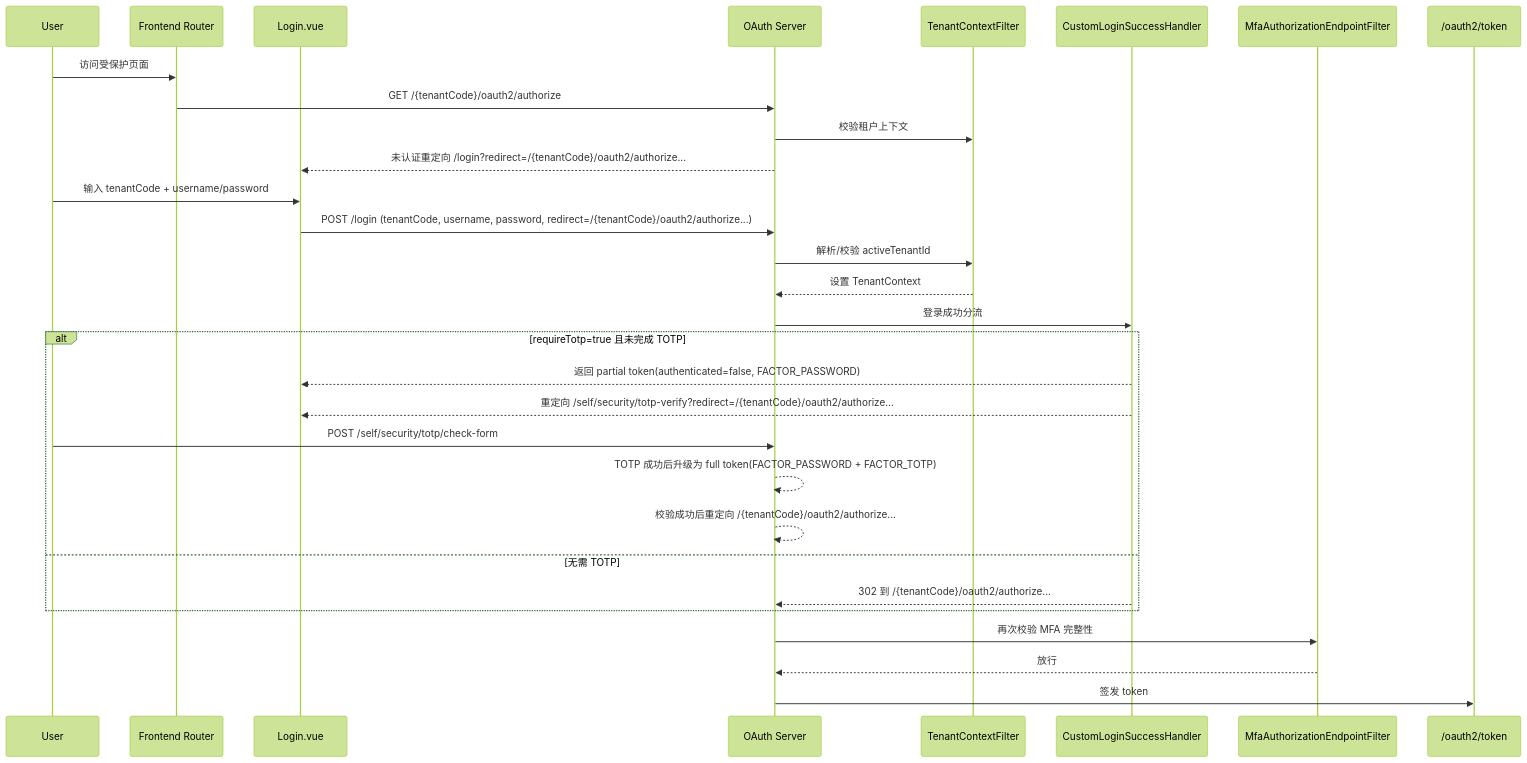
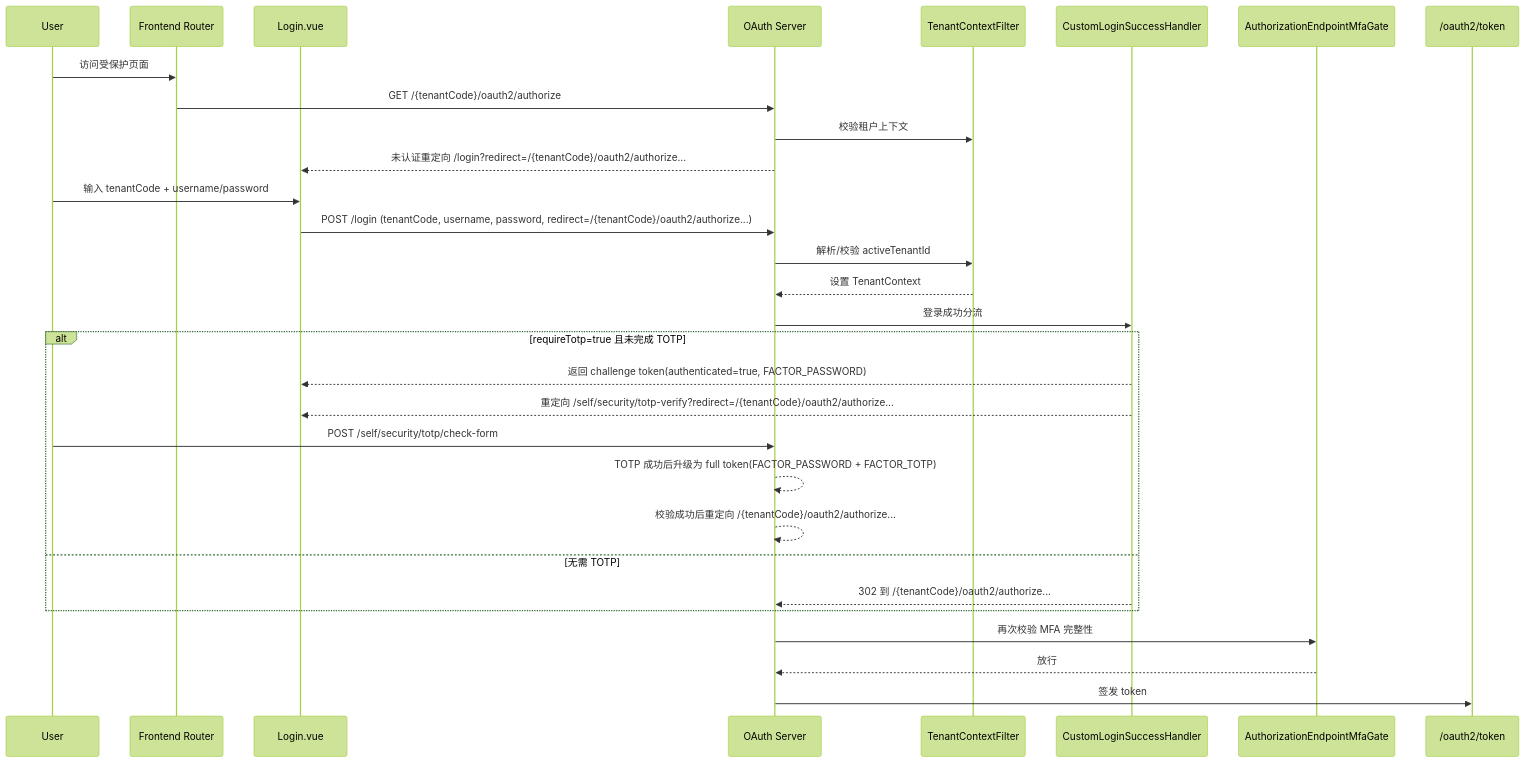
Before and after one commit to Sramler/tiny-platform: the diagram in tiny-oauth-server/docs/登录与租户认证流程.md, drawn with Mermaid (forest theme). The commit also changed other lines of this file and 41 other files, not shown here.

Commit message:
refactor(oauth): preserve prompt-none semantics in MFA flow

````diff
--- a/tiny-oauth-server/docs/登录与租户认证流程.md
+++ b/tiny-oauth-server/docs/登录与租户认证流程.md
@@ -60,33 +60,33 @@
 ```mermaid
 sequenceDiagram
   participant U as User
   participant R as Frontend Router
   participant L as Login.vue
   participant S as OAuth Server
   participant TF as TenantContextFilter
   participant H as CustomLoginSuccessHandler
-  participant M as MfaAuthorizationEndpointFilter
+  participant M as AuthorizationEndpointMfaGate
   participant T as /oauth2/token
 
   U->>R: 访问受保护页面
   R->>S: GET /{tenantCode}/oauth2/authorize
   S->>TF: 校验租户上下文
   S-->>L: 未认证重定向 /login?redirect=/{tenantCode}/oauth2/authorize...
   U->>L: 输入 tenantCode + username/password
   L->>S: POST /login (tenantCode, username, password, redirect=/{tenantCode}/oauth2/authorize...)
   S->>TF: 解析/校验 activeTenantId
   TF-->>S: 设置 TenantContext
   S->>H: 登录成功分流
   alt requireTotp=true 且未完成 TOTP
-    H-->>L: 返回 partial token(authenticated=false, FACTOR_PASSWORD)
+    H-->>L: 返回 challenge token(authenticated=true, FACTOR_PASSWORD)
     H-->>L: 重定向 /self/security/totp-verify?redirect=/{tenantCode}/oauth2/authorize...
     U->>S: POST /self/security/totp/check-form
     S-->>S: TOTP 成功后升级为 full token(FACTOR_PASSWORD + FACTOR_TOTP)
     S-->>S: 校验成功后重定向 /{tenantCode}/oauth2/authorize...
   else 无需 TOTP
     H-->>S: 302 到 /{tenantCode}/oauth2/authorize...
   end
   S->>M: 再次校验 MFA 完整性
   M-->>S: 放行
   S->>T: 签发 token
 ```
````
